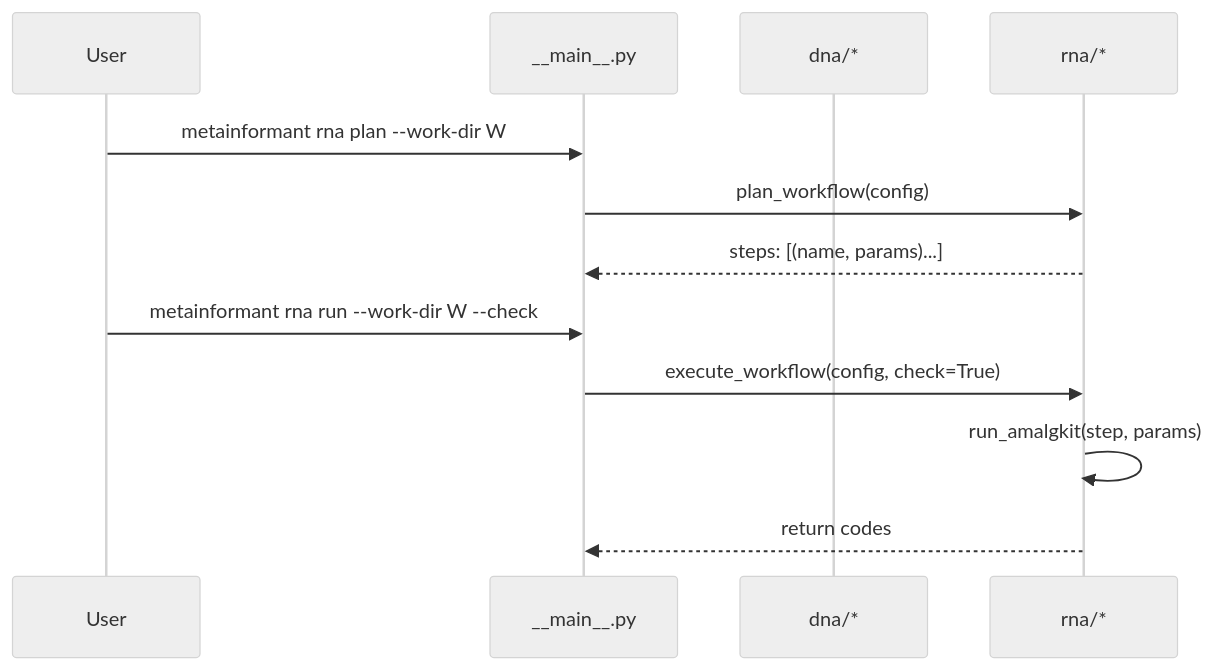
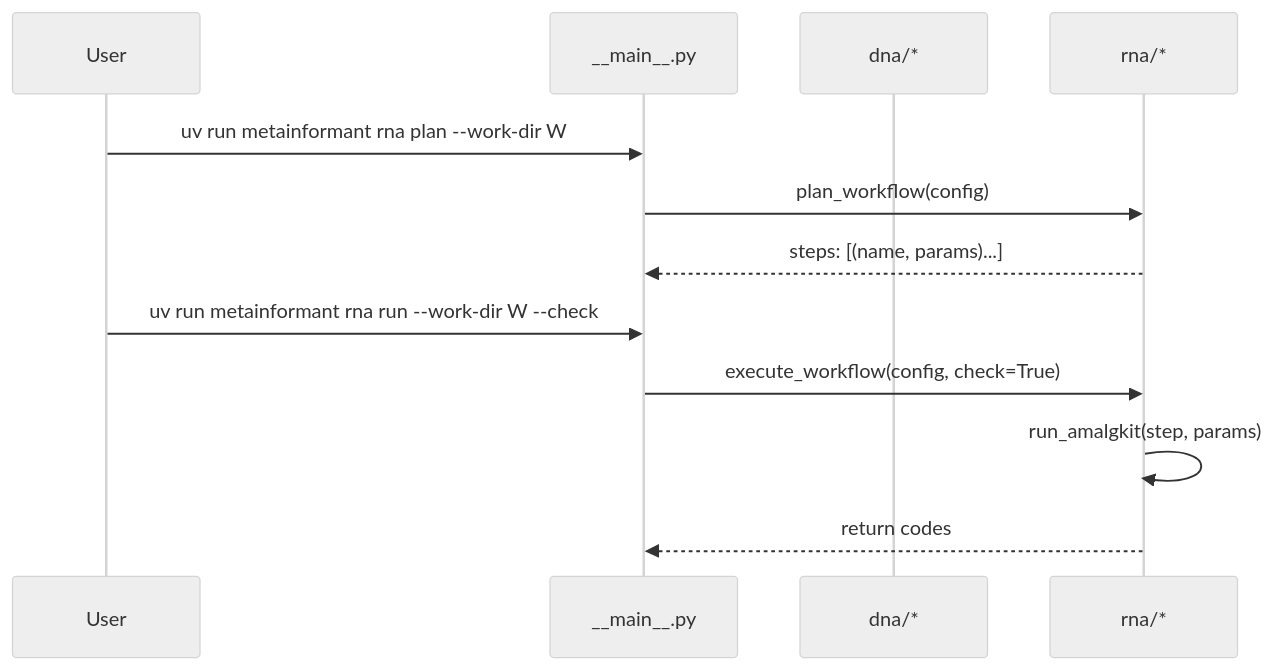
One commit to docxology/MetaInformAnt changed the diagram in docs/cli.md. Above: the diagram before and after it, drawn with Mermaid (neutral theme). The commit also changed other lines of this file and 42 other files, not shown here.

````diff
--- a/docs/cli.md
+++ b/docs/cli.md
@@ -21,14 +21,14 @@
 ```mermaid
 sequenceDiagram
   participant U as User
   participant CLI as __main__.py
   participant DNA as dna/*
   participant RNA as rna/*
-  U->>CLI: metainformant rna plan --work-dir W
+  U->>CLI: uv run metainformant rna plan --work-dir W
   CLI->>RNA: plan_workflow(config)
   RNA-->>CLI: steps: [(name, params)...]
-  U->>CLI: metainformant rna run --work-dir W --check
+  U->>CLI: uv run metainformant rna run --work-dir W --check
   CLI->>RNA: execute_workflow(config, check=True)
   RNA->>RNA: run_amalgkit(step, params)
   RNA-->>CLI: return codes
 ```
````
